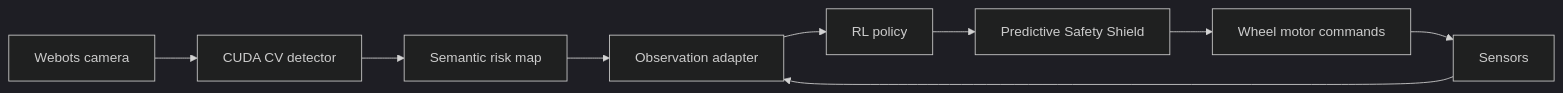
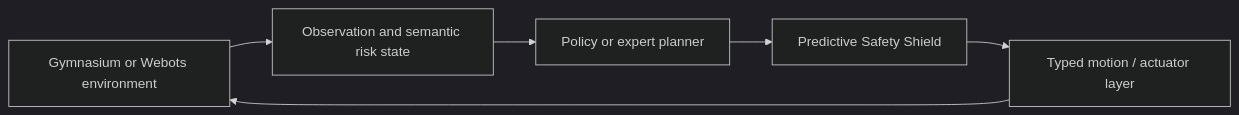
One commit to Mahmoud-Maher-Elsaid/RiskAware-SafeRL-Construction-Inspector changed the diagram in README.md. Above: the diagram before and after it, drawn with Mermaid (dark theme). The commit also changed other lines of this file and 2 other files, not shown here.

````diff
--- a/README.md
+++ b/README.md
@@ -15,11 +42,8 @@
 ```mermaid
 flowchart LR
-  C[Webots camera] --> V[CUDA CV detector]
-  V --> M[Semantic risk map]
-  S[Sensors] --> O[Observation adapter]
-  M --> O
-  O --> P[RL policy]
-  P --> H[Predictive Safety Shield]
-  H --> W[Wheel motor commands]
-  W --> S
+    E[Gymnasium or Webots environment] --> O[Observation and semantic risk state]
+    O --> P[Policy or expert planner]
+    P --> S[Predictive Safety Shield]
+    S --> A[Typed motion / actuator layer]
+    A --> E
 ```
````
